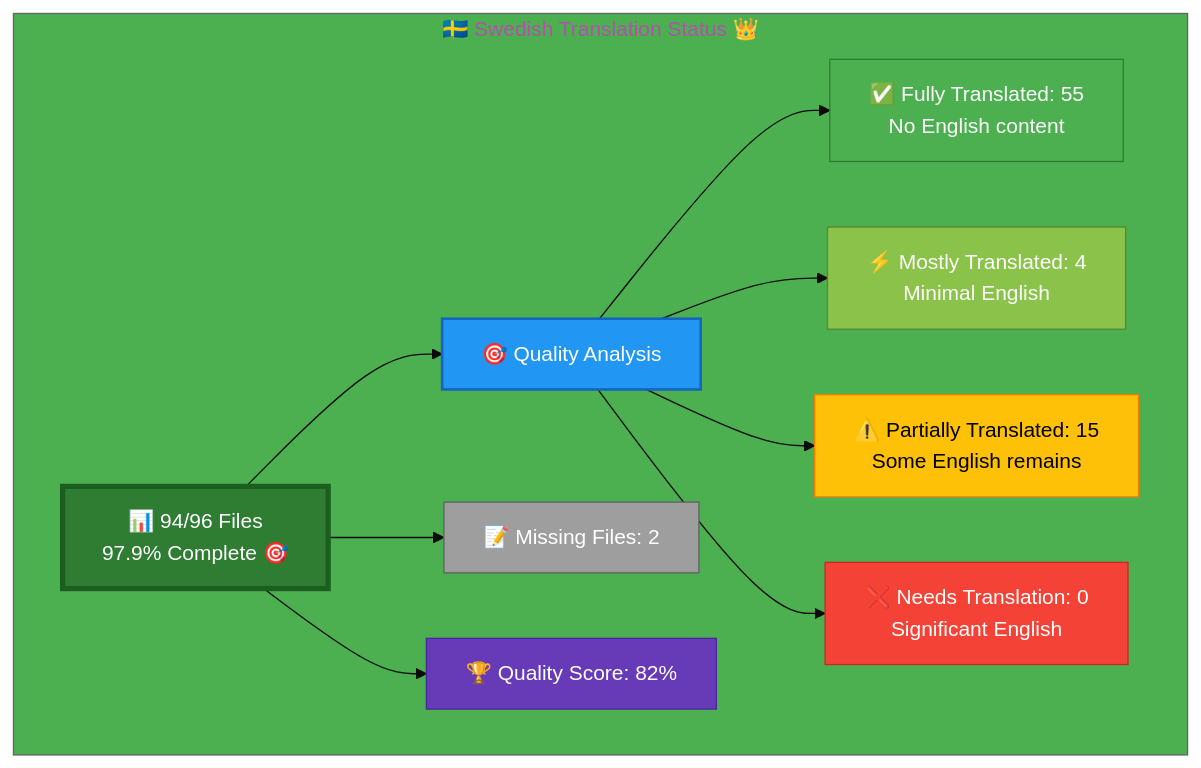
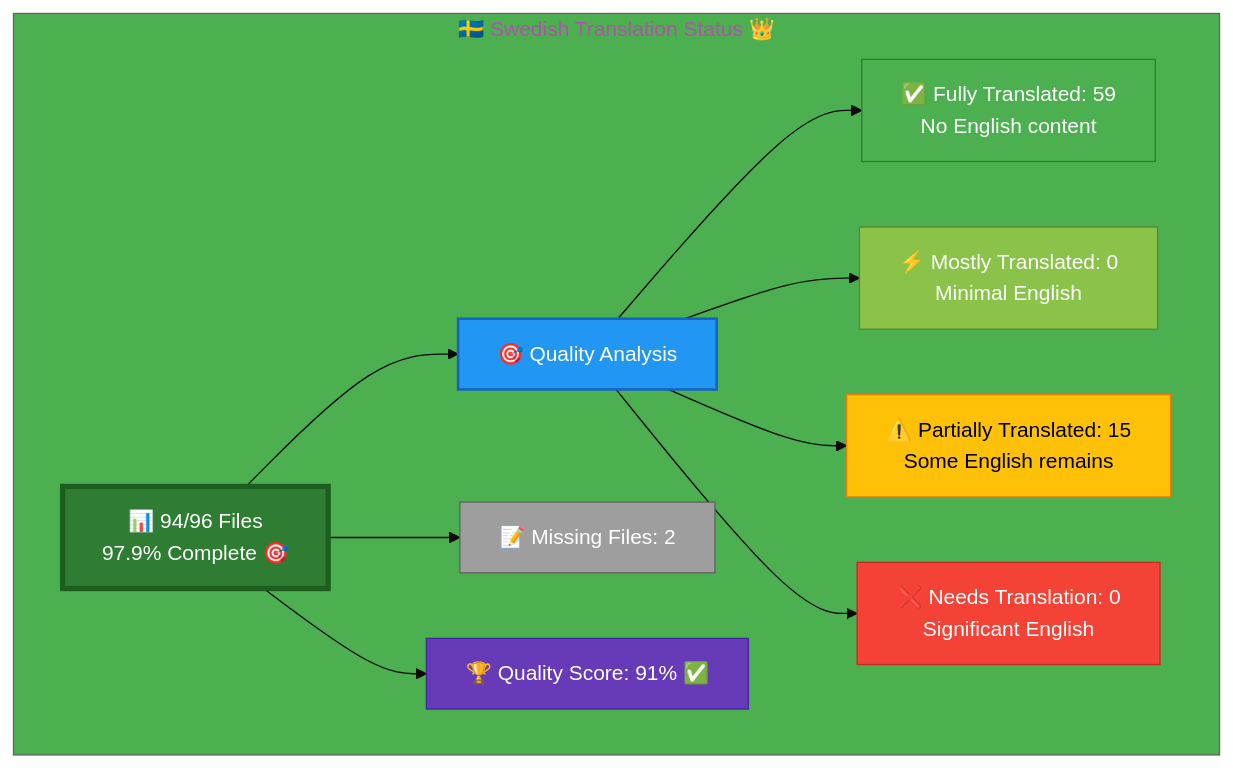
The diagram in Swedish-Translation-Status.md (Hack23/homepage), drawn with Mermaid before and after one commit. The commit also changed other lines of this file and 3 other files, not shown here.

Commit message:
Phase 4 COMPLETE: 91% quality score achieved - all targets met!

````diff
--- a/Swedish-Translation-Status.md
+++ b/Swedish-Translation-Status.md
@@ -13,26 +13,26 @@
 ```mermaid
 %%{init: {'theme':'base', 'themeVariables': {'primaryColor':'#2E7D32','secondaryColor':'#2196F3','tertiaryColor':'#4CAF50','fontSize':'16px'}}}%%
 graph TB
     subgraph "🇸🇪 Swedish Translation Status 👑"
         A["📊 94/96 Files<br/>97.9% Complete 🎯"]
         
         A --> B["🎯 Quality Analysis"]
-        B --> C["✅ Fully Translated: 55<br/>No English content"]
-        B --> D["⚡ Mostly Translated: 4<br/>Minimal English"]
+        B --> C["✅ Fully Translated: 59<br/>No English content"]
+        B --> D["⚡ Mostly Translated: 0<br/>Minimal English"]
         B --> E["⚠️  Partially Translated: 15<br/>Some English remains"]
         B --> F["❌ Needs Translation: 0<br/>Significant English"]
         
         A --> G["📝 Missing Files: 2"]
         
-        A --> H["🏆 Quality Score: 82%"]
+        A --> H["🏆 Quality Score: 91% ✅"]
         
         style A fill:#2E7D32,stroke:#1B5E20,color:#fff,stroke-width:4px
         style B fill:#2196F3,stroke:#1565C0,color:#fff,stroke-width:2px
         style C fill:#4CAF50,stroke:#2E7D32,color:#fff
         style D fill:#8BC34A,stroke:#558B2F,color:#fff
         style E fill:#FFC107,stroke:#F57C00,color:#000
         style F fill:#F44336,stroke:#C62828,color:#fff
         style G fill:#9E9E9E,stroke:#616161,color:#fff
         style H fill:#673AB7,stroke:#4527A0,color:#fff
     end
 ```
````
